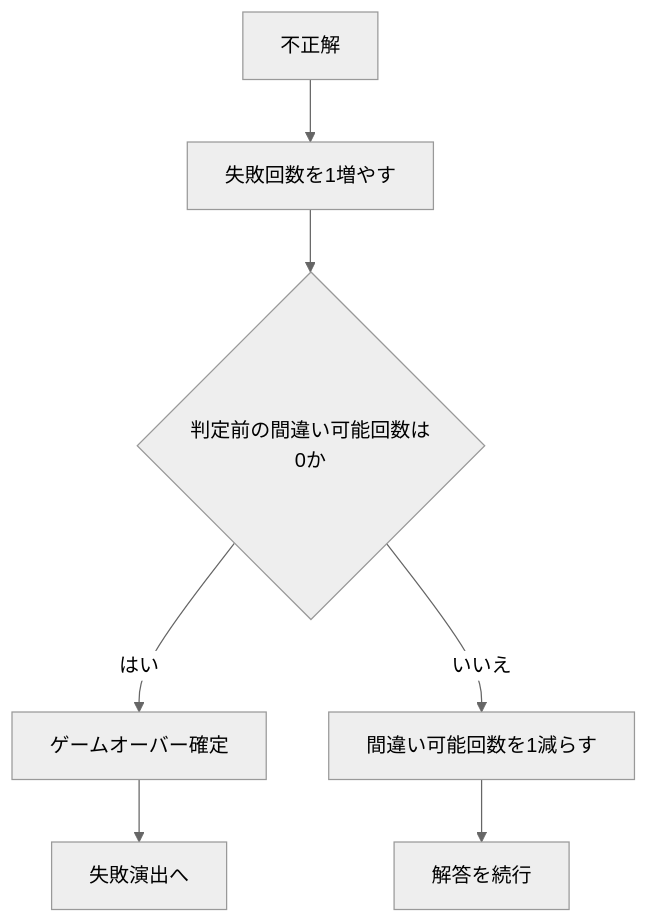
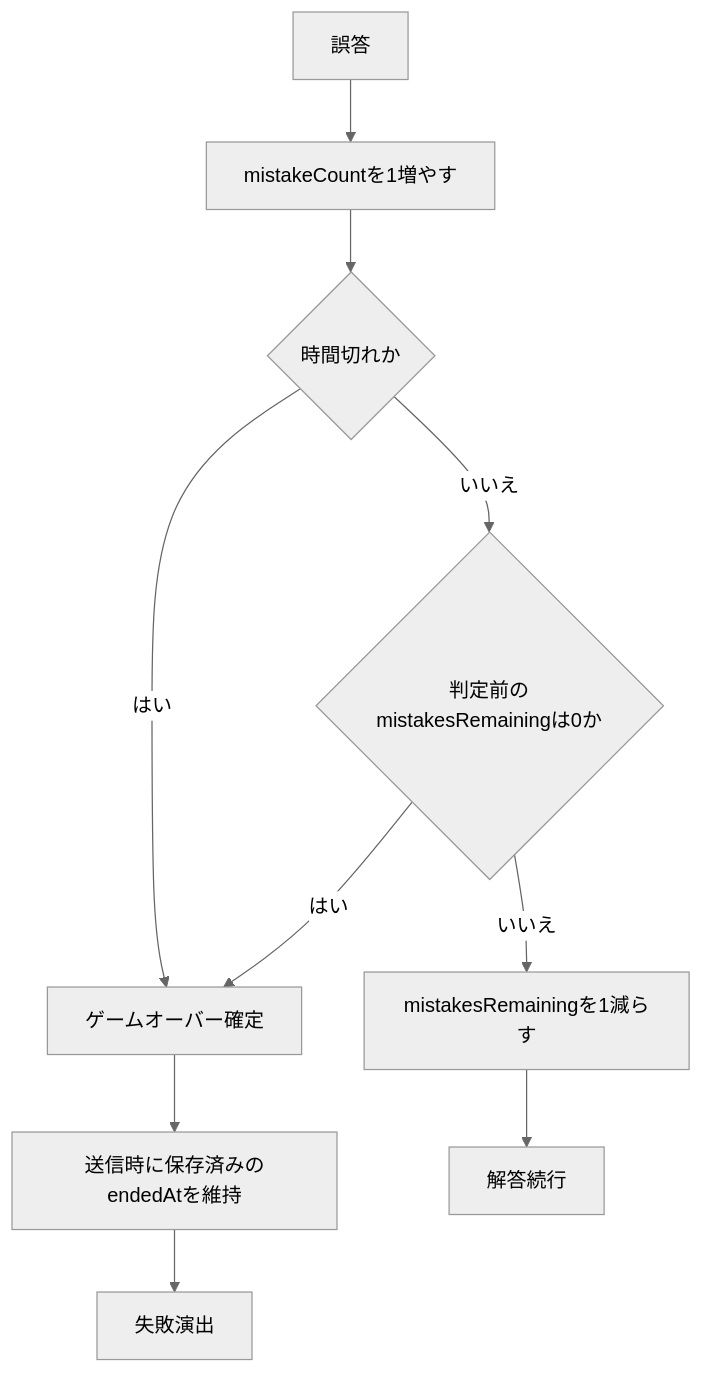
Before and after one commit to lycanthr0pes/language-deciphering-game: the tenth of 13 diagrams in docs/project-flow.md, drawn with Mermaid (neutral theme). The commit also changed other lines of this file and 12 other files, not shown here.

````diff
--- a/docs/project-flow.md
+++ b/docs/project-flow.md
@@ -213,9 +212,12 @@
 ```mermaid
 flowchart TD
-    A[不正解] --> B[失敗回数を1増やす]
-    B --> C{判定前の間違い可能回数は0か}
-    C -->|はい| D[ゲームオーバー確定]
-    C -->|いいえ| E[間違い可能回数を1減らす]
-    E --> F[解答を続行]
-    D --> G[失敗演出へ]
+    A[誤答] --> B[mistakeCountを1増やす]
+    B --> C{時間切れか}
+    C -->|はい| G[ゲームオーバー確定]
+    C -->|いいえ| D{判定前のmistakesRemainingは0か}
+    D -->|はい| G
+    D -->|いいえ| E[mistakesRemainingを1減らす]
+    E --> F[解答続行]
+    G --> H[送信時に保存済みのendedAtを維持]
+    H --> I[失敗演出]
 ```
````
